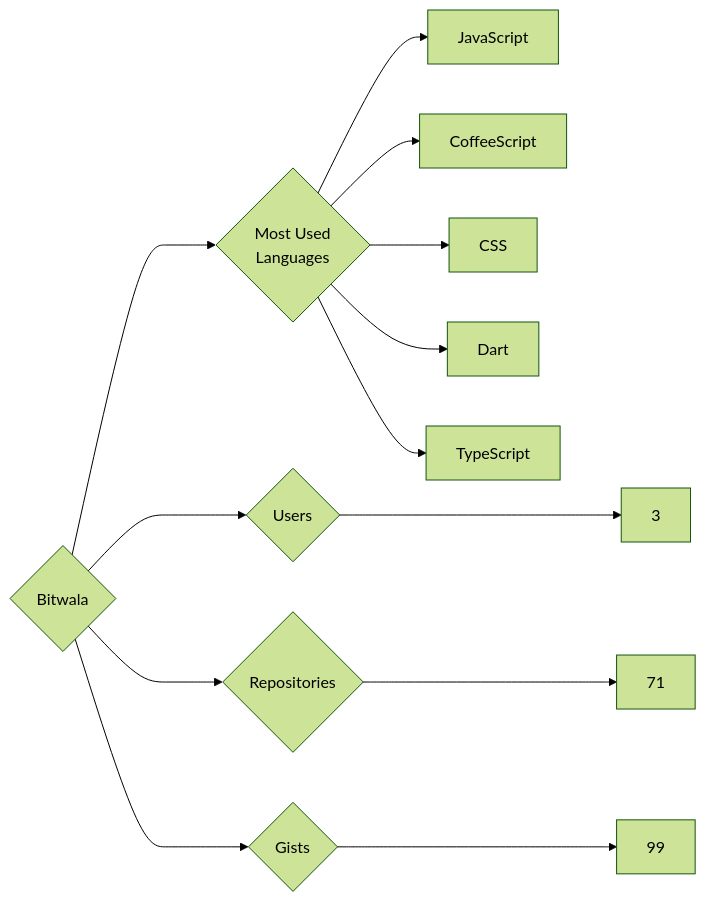
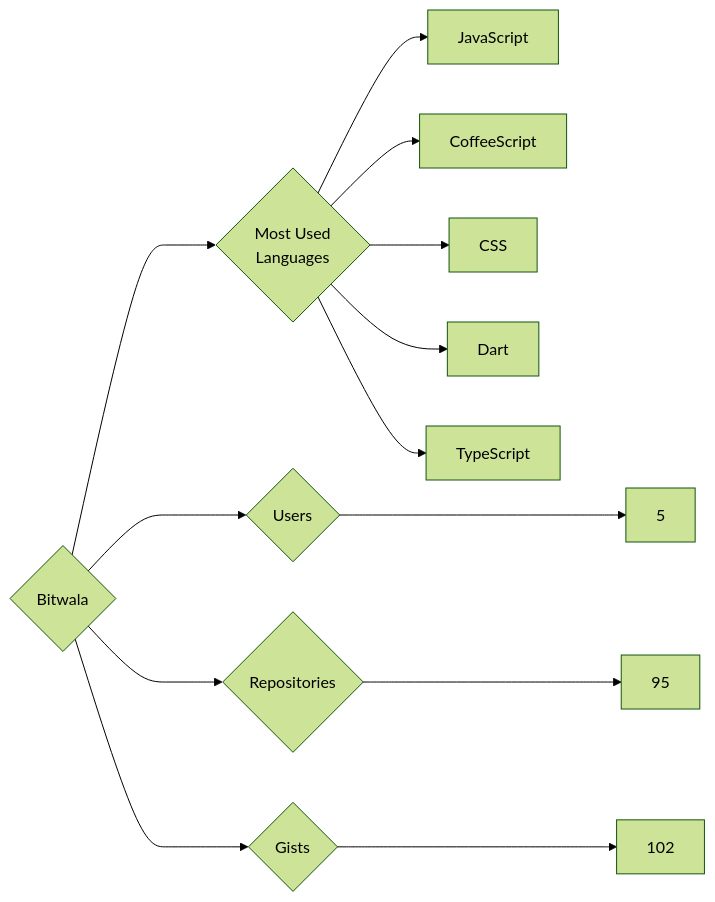
One commit to trickest/insiders changed the diagram in targets/Bitwala/README.md. Above: the diagram before and after it, drawn with Mermaid (forest theme). The commit also changed 676 other files, not shown here.

````diff
--- a/targets/Bitwala/README.md
+++ b/targets/Bitwala/README.md
@@ -3,13 +3,13 @@
 ```mermaid
 graph LR
 COMPANY_NAME{Bitwala}
-COMPANY_NAME ---> U{Users} ---> UN[3]
-COMPANY_NAME ---> R{Repositories} ---> RN[71]
-COMPANY_NAME ---> G{Gists} ---> GN[99]
+COMPANY_NAME ---> U{Users} ---> UN[5]
+COMPANY_NAME ---> R{Repositories} ---> RN[95]
+COMPANY_NAME ---> G{Gists} ---> GN[102]
 COMPANY_NAME ---> ML{Most Used<br>Languages}
 ML --> JavaScript[JavaScript]
 ML --> CoffeeScript[CoffeeScript]
 ML --> CSS[CSS]
 ML --> Dart[Dart]
 ML --> TypeScript[TypeScript]
 ```
````
